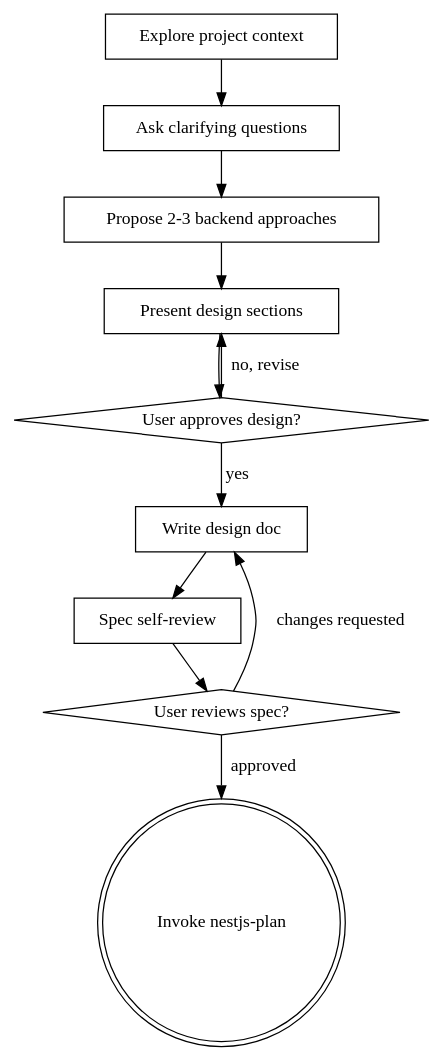
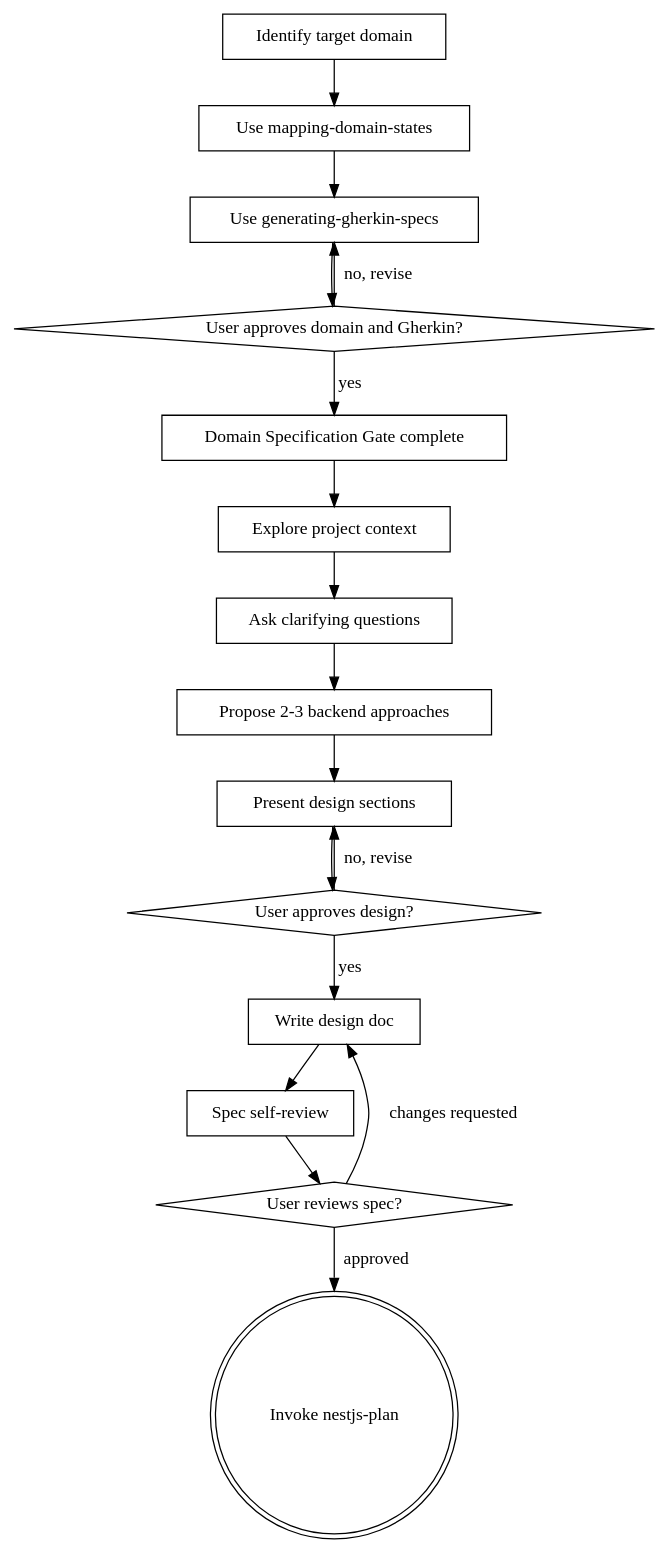
One commit to sneverton/nimbou-skills changed the diagram in plugins/nimbou-skills/skills/nestjs-think/SKILL.md. Above: the diagram before and after it, drawn with Graphviz. The commit also changed other lines of this file and 1 other file, not shown here.

Commit message:
fix: align nestjs-think gate flow

````diff
--- a/plugins/nimbou-skills/skills/nestjs-think/SKILL.md
+++ b/plugins/nimbou-skills/skills/nestjs-think/SKILL.md
@@ -47,24 +55,36 @@
 ```dot
 digraph nestjs_think {
+    "Identify target domain" [shape=box];
+    "Use mapping-domain-states" [shape=box];
+    "Use generating-gherkin-specs" [shape=box];
+    "User approves domain and Gherkin?" [shape=diamond];
+    "Domain Specification Gate complete" [shape=box];
     "Explore project context" [shape=box];
     "Ask clarifying questions" [shape=box];
     "Propose 2-3 backend approaches" [shape=box];
     "Present design sections" [shape=box];
     "User approves design?" [shape=diamond];
     "Write design doc" [shape=box];
     "Spec self-review" [shape=box];
     "User reviews spec?" [shape=diamond];
     "Invoke nestjs-plan" [shape=doublecircle];
 
     "Explore project context" -> "Ask clarifying questions";
     "Ask clarifying questions" -> "Propose 2-3 backend approaches";
     "Propose 2-3 backend approaches" -> "Present design sections";
     "Present design sections" -> "User approves design?";
     "User approves design?" -> "Present design sections" [label="no, revise"];
     "User approves design?" -> "Write design doc" [label="yes"];
     "Write design doc" -> "Spec self-review";
     "Spec self-review" -> "User reviews spec?";
     "User reviews spec?" -> "Write design doc" [label="changes requested"];
     "User reviews spec?" -> "Invoke nestjs-plan" [label="approved"];
+
+    "Identify target domain" -> "Use mapping-domain-states";
+    "Use mapping-domain-states" -> "Use generating-gherkin-specs";
+    "Use generating-gherkin-specs" -> "User approves domain and Gherkin?";
+    "User approves domain and Gherkin?" -> "Use generating-gherkin-specs" [label="no, revise"];
+    "User approves domain and Gherkin?" -> "Domain Specification Gate complete" [label="yes"];
+    "Domain Specification Gate complete" -> "Explore project context";
 }
 ```
````
